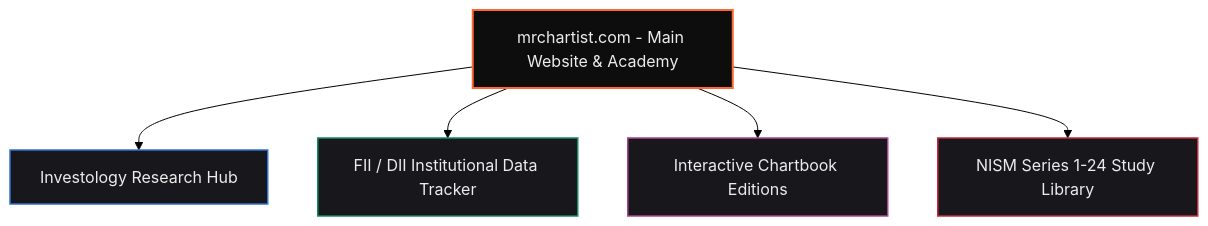
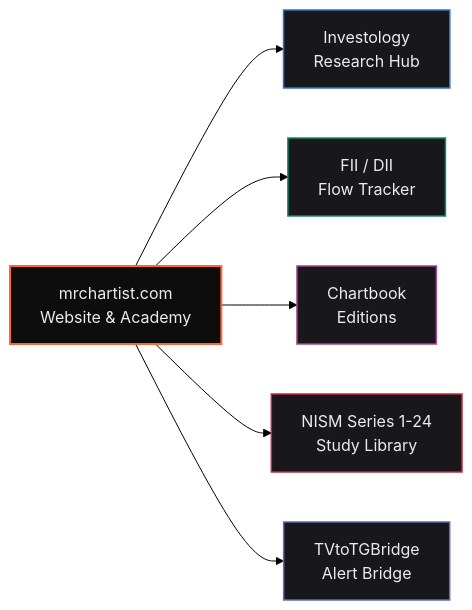
The diagram in README.md (MrChartist/MrChartist), drawn with Mermaid (forest theme) before and after one commit. The commit also changed other lines of this file and 1 other file, not shown here.

First line of the commit message:
Revamp profile README: animated price-action divider, typing tagline, chart-reading framework, cleaner layout

````diff
--- a/README.md
+++ b/README.md
@@ -98,13 +145,15 @@
 ```mermaid
-graph TD
-    A[mrchartist.com - Main Website & Academy] --> B[Investology Research Hub]
-    A --> C[FII / DII Institutional Data Tracker]
-    A --> D[Interactive Chartbook Editions]
-    A --> E[NISM Series 1-24 Study Library]
-    
+graph LR
+    A[mrchartist.com<br/>Website & Academy] --> B[Investology<br/>Research Hub]
+    A --> C[FII / DII<br/>Flow Tracker]
+    A --> D[Chartbook<br/>Editions]
+    A --> E[NISM Series 1-24<br/>Study Library]
+    A --> F[TVtoTGBridge<br/>Alert Bridge]
+
     style A fill:#0D0D0D,stroke:#FF6633,stroke-width:2px,color:#ECECEC
     style B fill:#18181C,stroke:#2E73CF,stroke-width:1.5px,color:#ECECEC
     style C fill:#18181C,stroke:#138A63,stroke-width:1.5px,color:#ECECEC
     style D fill:#18181C,stroke:#A8458C,stroke-width:1.5px,color:#ECECEC
     style E fill:#18181C,stroke:#C42B3C,stroke-width:1.5px,color:#ECECEC
+    style F fill:#18181C,stroke:#5E6FAC,stroke-width:1.5px,color:#ECECEC
 ```
````
